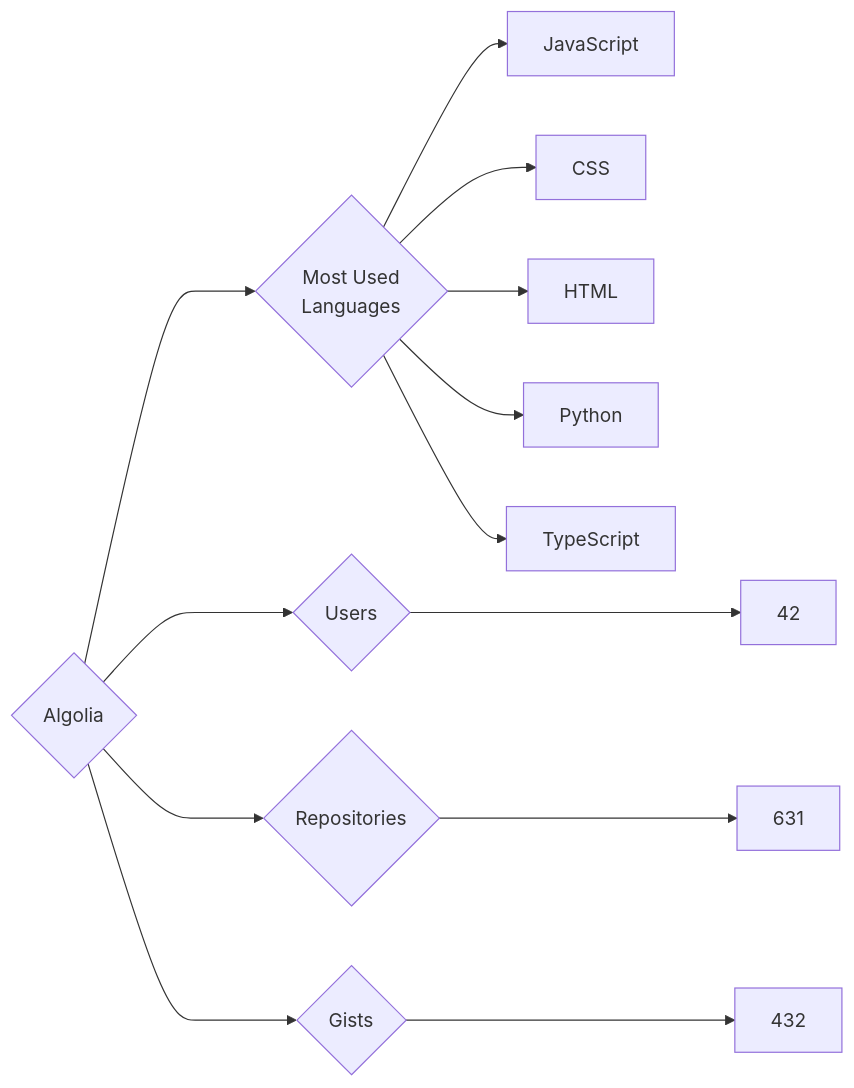
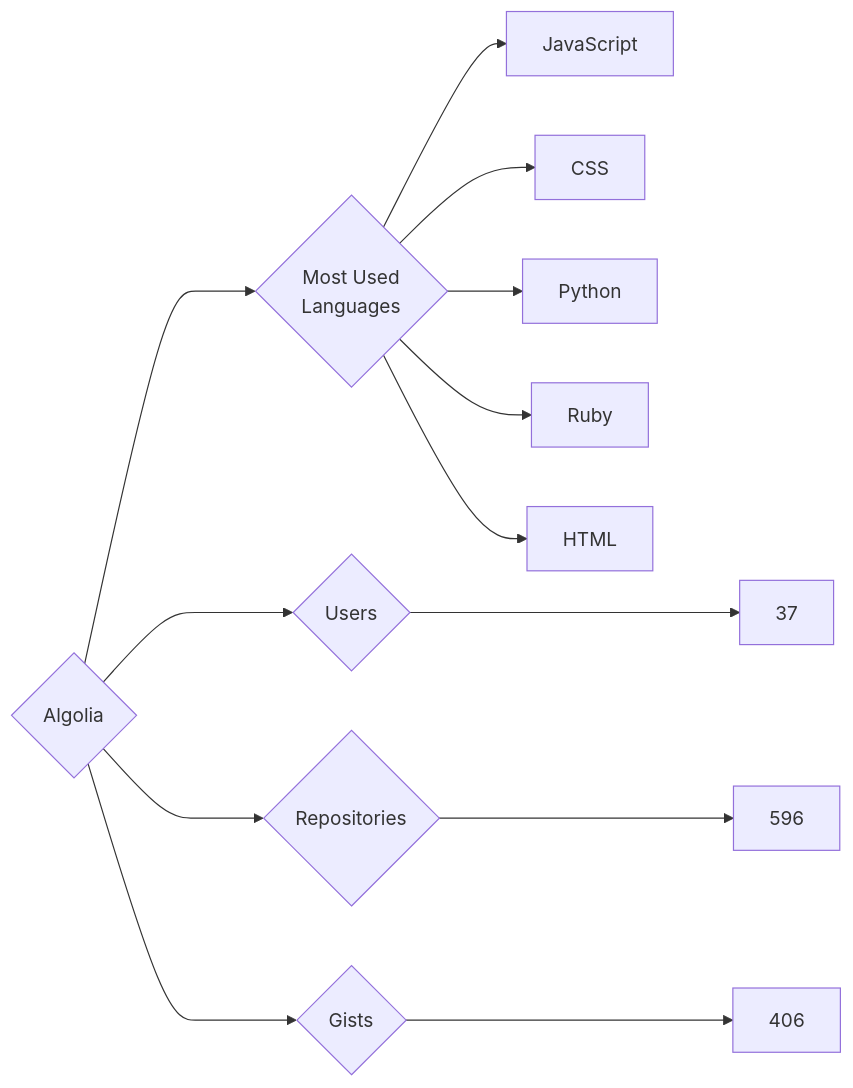
Before and after one commit to trickest/insiders: the diagram in targets/Algolia/README.md, drawn with Mermaid. The commit also changed 894 other files, not shown here.

````diff
--- a/targets/Algolia/README.md
+++ b/targets/Algolia/README.md
@@ -3,13 +3,13 @@
 ```mermaid
 graph LR
 COMPANY_NAME{Algolia}
-COMPANY_NAME ---> U{Users} ---> UN[42]
-COMPANY_NAME ---> R{Repositories} ---> RN[631]
-COMPANY_NAME ---> G{Gists} ---> GN[432]
+COMPANY_NAME ---> U{Users} ---> UN[37]
+COMPANY_NAME ---> R{Repositories} ---> RN[596]
+COMPANY_NAME ---> G{Gists} ---> GN[406]
 COMPANY_NAME ---> ML{Most Used<br>Languages}
 ML --> JavaScript[JavaScript]
 ML --> CSS[CSS]
+ML --> Python[Python]
+ML --> Ruby[Ruby]
 ML --> HTML[HTML]
-ML --> Python[Python]
-ML --> TypeScript[TypeScript]
 ```
````
